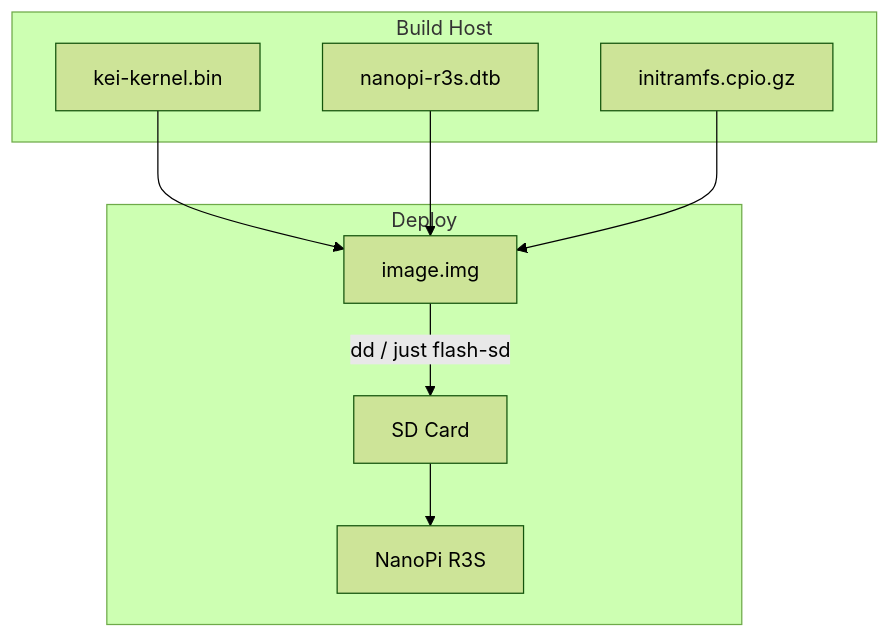
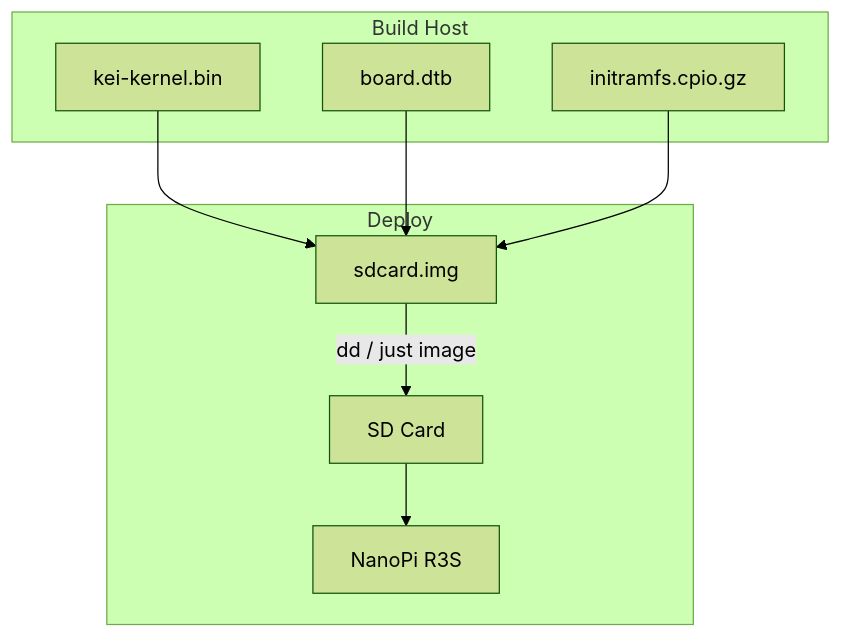
One commit to celestia-island/kei changed the third of 4 diagrams in docs/en/guides/deployment.md. Above: the diagram before and after it, drawn with Mermaid (forest theme). The commit also changed other lines of this file and 8 other files, not shown here.

````diff
--- a/docs/en/guides/deployment.md
+++ b/docs/en/guides/deployment.md
@@ -104,18 +108,18 @@
 ```mermaid
 flowchart TB
     subgraph Build["Build Host"]
         KERN["kei-kernel.bin"]
-        DTB["nanopi-r3s.dtb"]
+        DTB["board.dtb"]
         INIT["initramfs.cpio.gz"]
     end
     subgraph Deploy["Deploy"]
-        IMG["image.img"]
+        IMG["sdcard.img"]
         SD["SD Card"]
         BOARD["NanoPi R3S"]
     end
     KERN --> IMG
     DTB --> IMG
     INIT --> IMG
-    IMG -->|"dd / just flash-sd"| SD
+    IMG -->|"dd / just image"| SD
     SD --> BOARD
 ```
````
